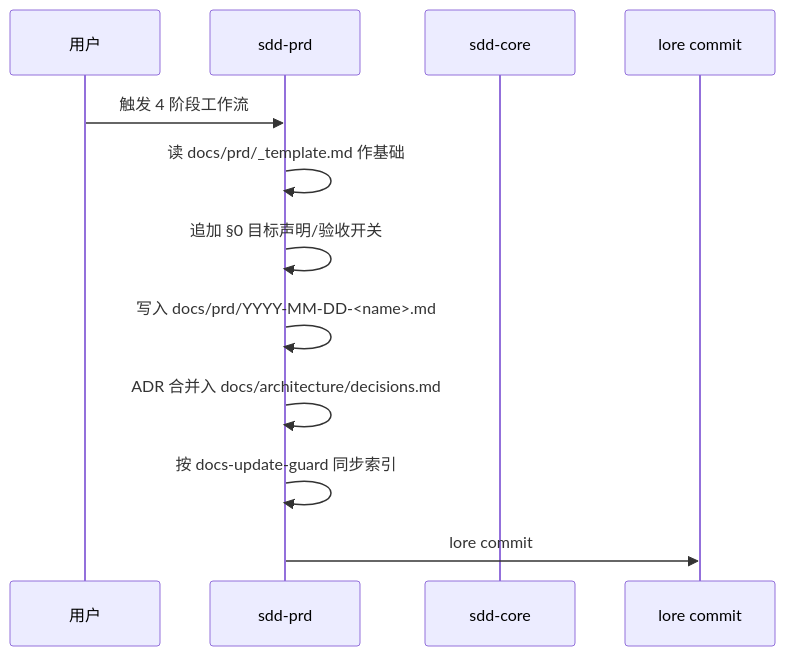
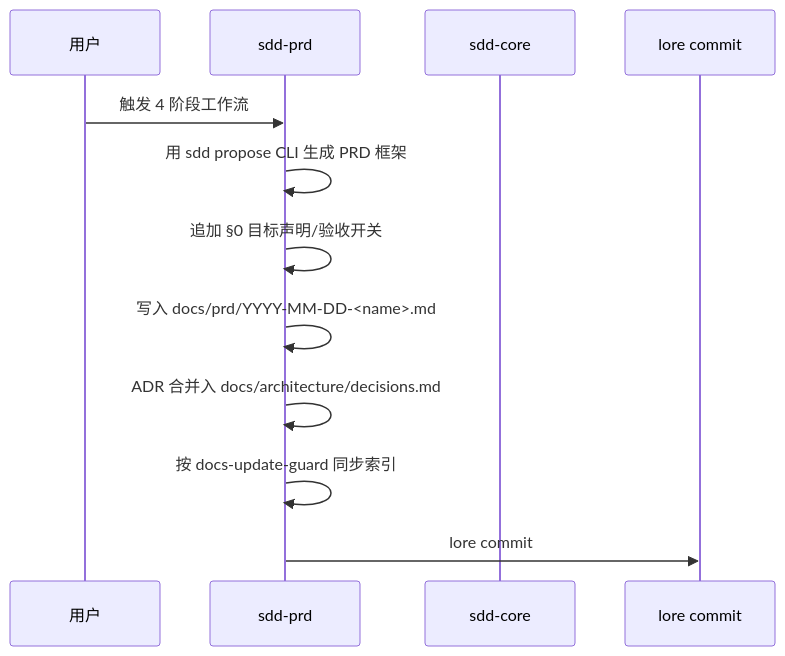
The second of 3 diagrams in plugins/sdd-pack/skills/sdd-prd/references/sdd-collaboration.md (Norman-pong/sdd-pack), drawn with Mermaid before and after one commit. The commit also changed other lines of this file and 24 other files, not shown here.

````diff
--- a/plugins/sdd-pack/skills/sdd-prd/references/sdd-collaboration.md
+++ b/plugins/sdd-pack/skills/sdd-prd/references/sdd-collaboration.md
@@ -142,14 +141,14 @@
 ```mermaid
 sequenceDiagram
     participant User as 用户
     participant SddPrd as sdd-prd
     participant Sdd as sdd-core
     participant Lore as lore commit
     User->>SddPrd: 触发 4 阶段工作流
-    SddPrd->>SddPrd: 读 docs/prd/_template.md 作基础
+    SddPrd->>SddPrd: 用 sdd propose CLI 生成 PRD 框架
     SddPrd->>SddPrd: 追加 §0 目标声明/验收开关
     SddPrd->>SddPrd: 写入 docs/prd/YYYY-MM-DD-<name>.md
     SddPrd->>SddPrd: ADR 合并入 docs/architecture/decisions.md
     SddPrd->>SddPrd: 按 docs-update-guard 同步索引
     SddPrd->>Lore: lore commit
 ```
````
